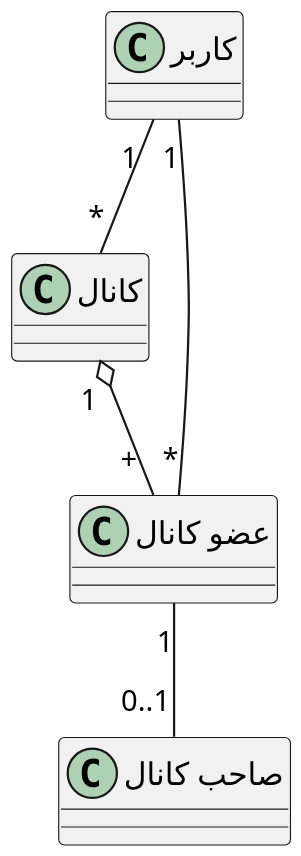
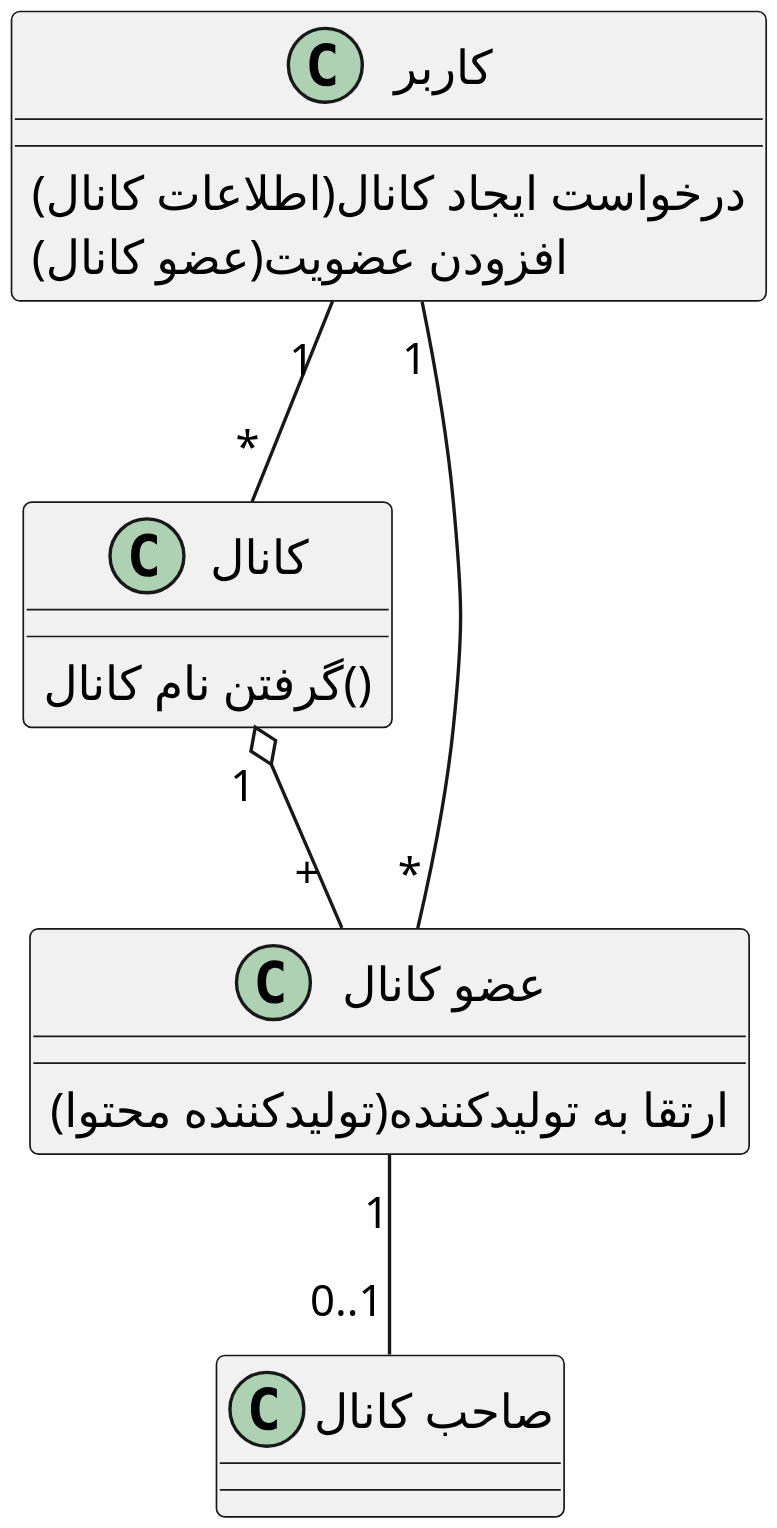
The diagram in Diagrams/Class/CreateChanel.puml (soleyman79/Qasedak), drawn with PlantUML before and after one commit. The commit also changed 1 other file, not shown here.

```diff
--- a/Diagrams/Class/CreateChanel.puml
+++ b/Diagrams/Class/CreateChanel.puml
@@ -1,24 +1,28 @@
 @startuml create_chanel
 
-scale 2
+scale 3
 skinparam DefaultFontName B Nazanin
 skinparam ArrowMessageAlignment right
 
 class "کاربر" as user {
+    درخواست ایجاد کانال(اطلاعات کانال)
+    افزودن عضویت(عضو کانال)
 }
 
 class "کانال" as chanel {
+    گرفتن نام کانال()
 }
 
 class "عضو کانال" as member {
+    ارتقا به تولیدکننده(تولیدکننده محتوا)
 }
 
 class "صاحب کانال" as owner {
 }
 
 user "          1" -- "*" chanel
 chanel "        1" o-- "            +" member
 member "1" -- "0..1" owner
 user "1" -- "*" member
 
 @enduml
```
